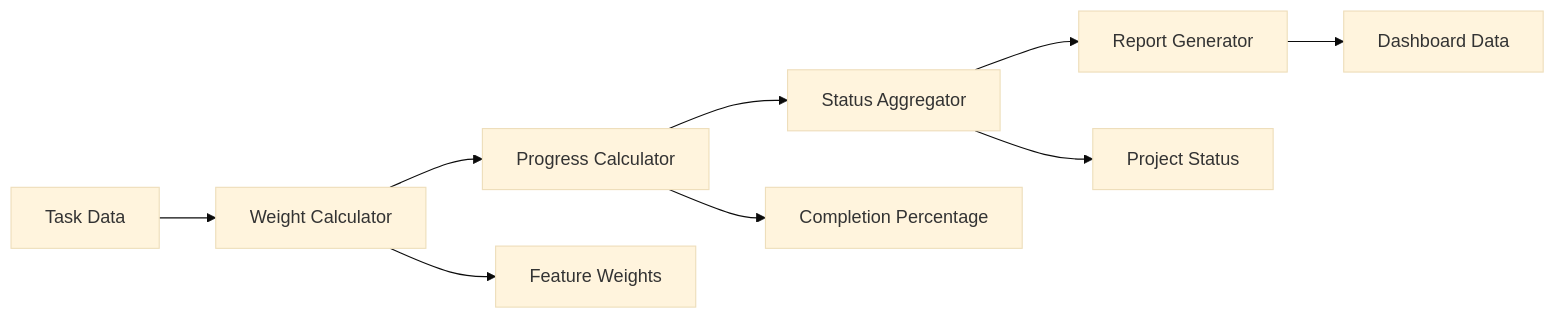
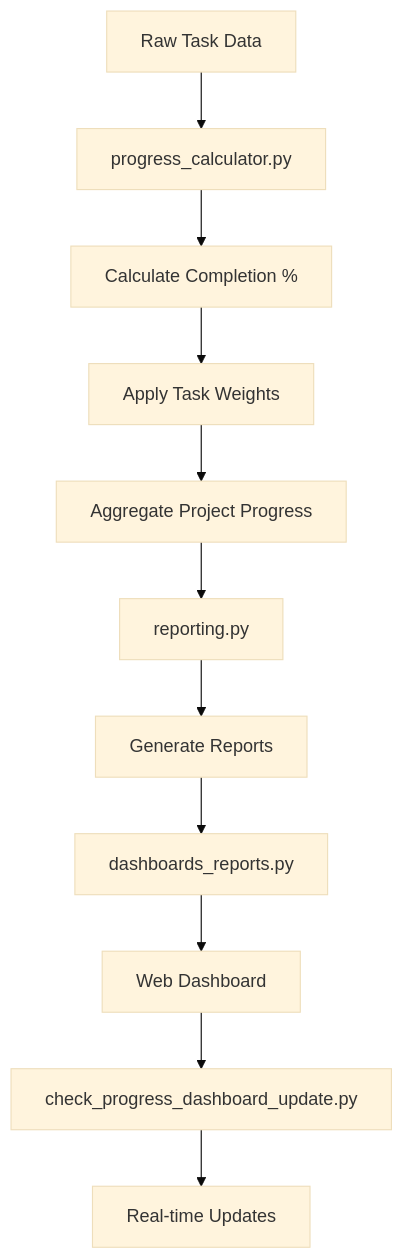
Before and after one commit to Shakour-Data/AutoProjectManagement: the fifth of 17 diagrams in Docs/Appendices/Module_Detailed_Specifications.md, drawn with Mermaid (base theme). The commit also changed other lines of this file, not shown here.

````diff
--- a/Docs/Appendices/Module_Detailed_Specifications.md
+++ b/Docs/Appendices/Module_Detailed_Specifications.md
@@ -113,12 +128,13 @@
 ```mermaid
-graph LR
-    A[Task Data] --> B[Weight Calculator]
-    B --> C[Progress Calculator]
-    C --> D[Status Aggregator]
-    D --> E[Report Generator]
-    
-    B --> F[Feature Weights]
-    C --> G[Completion Percentage]
-    D --> H[Project Status]
-    E --> I[Dashboard Data]
+graph TD
+    A[Raw Task Data] --> B[progress_calculator.py]
+    B --> C[Calculate Completion %]
+    C --> D[Apply Task Weights]
+    D --> E[Aggregate Project Progress]
+    E --> F[reporting.py]
+    F --> G[Generate Reports]
+    G --> H[dashboards_reports.py]
+    H --> I[Web Dashboard]
+    I --> J[check_progress_dashboard_update.py]
+    J --> K[Real-time Updates]
 ```
````
